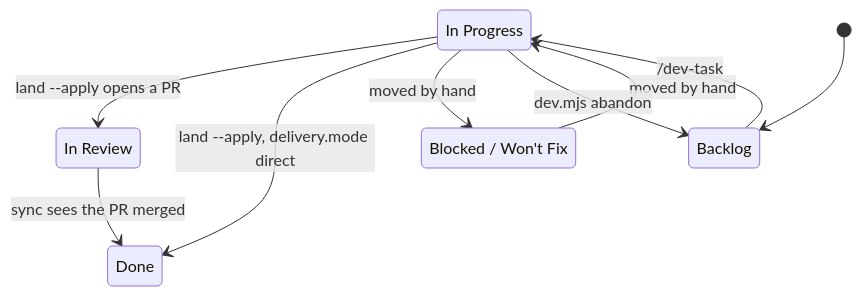
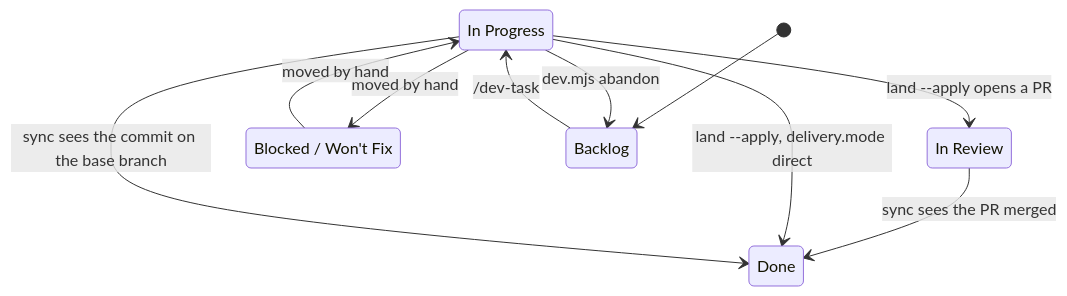
Before and after one commit to ayhid/claude-dev-workflow: the second of 2 diagrams in README.md, drawn with Mermaid. The commit also changed other lines of this file and 1 other file, not shown here.

Commit message:
docs(sync): state the evidence the reconciler actually uses (#19)

````diff
--- a/README.md
+++ b/README.md
@@ -385,16 +394,17 @@
 ```mermaid
 stateDiagram-v2
     state "In Progress" as inprog
     state "In Review" as inreview
     state "Done" as finished
     state "Blocked / Won't Fix" as offladder
 
     [*] --> Backlog
     Backlog --> inprog: /dev-task
     inprog --> inreview: land --apply opens a PR
     inreview --> finished: sync sees the PR merged
     inprog --> finished: land --apply, delivery.mode direct
+    inprog --> finished: sync sees the commit on the base branch
     inprog --> offladder: moved by hand
     offladder --> inprog: moved by hand
     inprog --> Backlog: dev.mjs abandon
 ```
````
